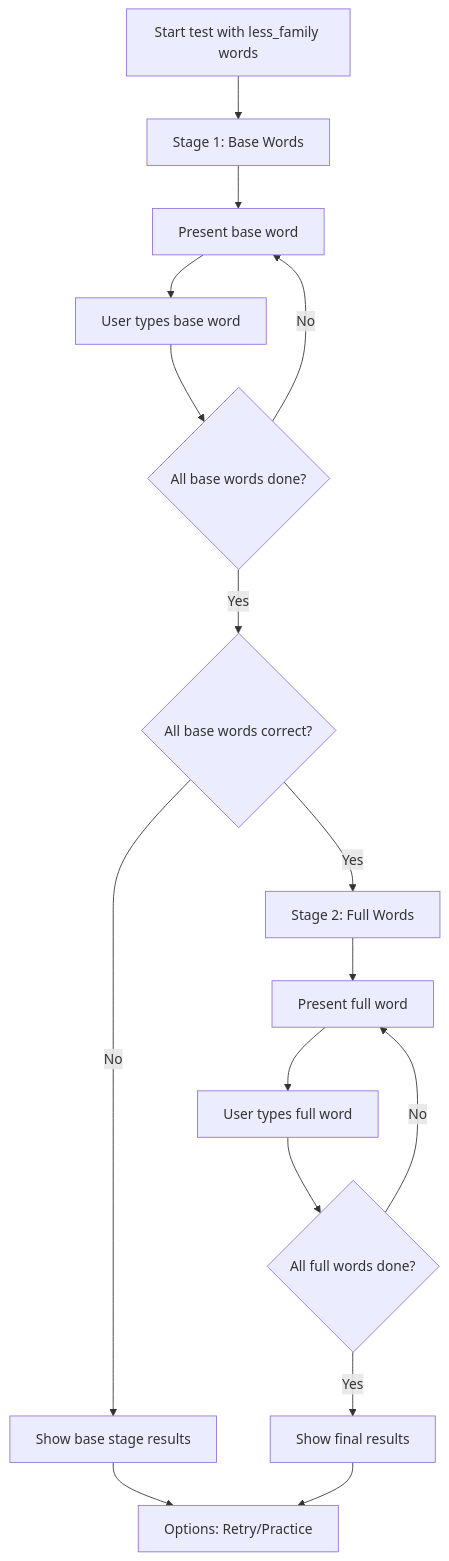
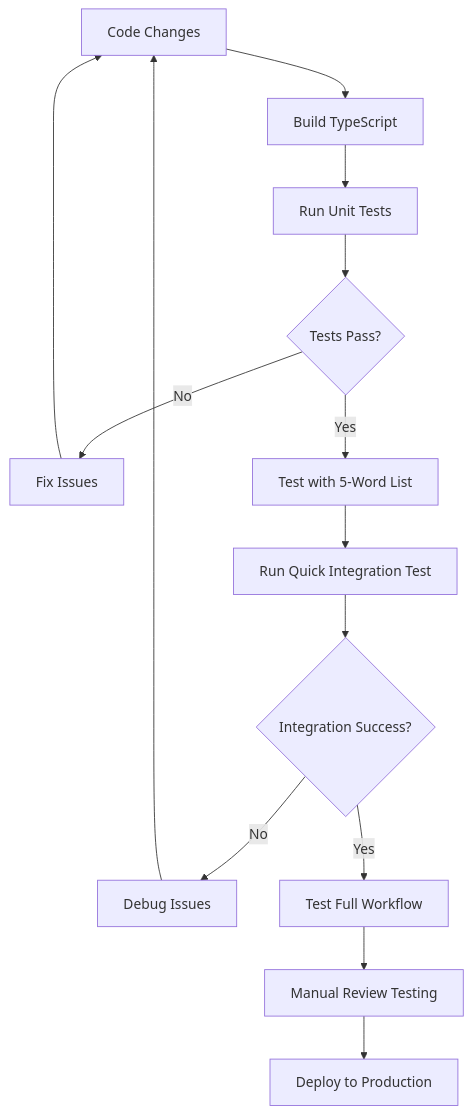
Before and after one commit to getOffIt/spellingWebsite: the sixth of 15 diagrams in .sop/summary/workflows.md, drawn with Mermaid. The commit also changed other lines of this file and 17 other files, not shown here.

````diff
--- a/.sop/summary/workflows.md
+++ b/.sop/summary/workflows.md
@@ -87,18 +141,16 @@
 ```mermaid
 flowchart TD
-    A[Start test with less_family words] --> B[Stage 1: Base Words]
-    B --> C[Present base word]
-    C --> D[User types base word]
-    D --> E{All base words done?}
-    E -->|No| C
-    E -->|Yes| F{All base words correct?}
-    F -->|No| G[Show base stage results]
-    F -->|Yes| H[Stage 2: Full Words]
-    G --> I[Options: Retry/Practice]
-    H --> J[Present full word]
-    J --> K[User types full word]
-    K --> L{All full words done?}
-    L -->|No| J
-    L -->|Yes| M[Show final results]
-    M --> I
+    A[Code Changes] --> B[Build TypeScript]
+    B --> C[Run Unit Tests]
+    C --> D{Tests Pass?}
+    D -->|No| E[Fix Issues]
+    E --> A
+    D -->|Yes| F[Test with 5-Word List]
+    F --> G[Run Quick Integration Test]
+    G --> H{Integration Success?}
+    H -->|No| I[Debug Issues]
+    I --> A
+    H -->|Yes| J[Test Full Workflow]
+    J --> K[Manual Review Testing]
+    K --> L[Deploy to Production]
 ```
````
